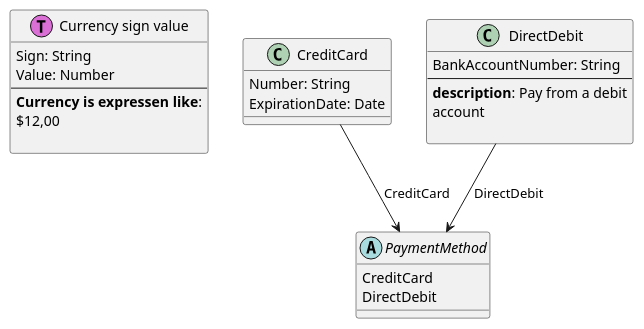
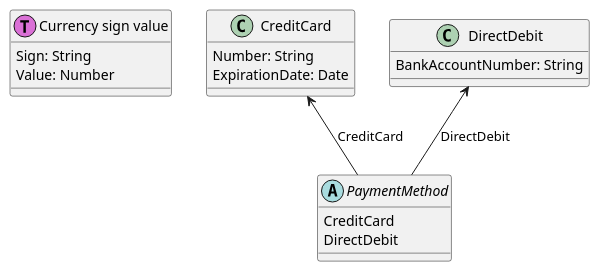
The diagram in Examples/.out/v0.0.1/Financial/Financial.puml (Baudin999/car-lang), drawn with PlantUML before and after one commit. The commit also changed 29 other files, not shown here.

```diff
--- a/Examples/.out/v0.0.1/Financial/Financial.puml
+++ b/Examples/.out/v0.0.1/Financial/Financial.puml
@@ -1,25 +1,17 @@
 class "Currency sign value" as Currency << (T,orchid) >> {
 	Sign: String 
 	Value: Number 
---
-  <b>Currency is expressen like</b>:
- $12,00
-    
 }
 class "CreditCard" as CreditCard  {
 	Number: String 
 	ExpirationDate: Date 
 }
 class "DirectDebit" as DirectDebit  {
 	BankAccountNumber: String 
---
-  <b>description</b>: Pay from a debit
- account
-    
 }
 abstract "PaymentMethod" as PaymentMethod {
 	CreditCard 
 	DirectDebit 
 }
-CreditCard --> PaymentMethod : CreditCard
-DirectDebit --> PaymentMethod : DirectDebit
+CreditCard <-- PaymentMethod : CreditCard
+DirectDebit <-- PaymentMethod : DirectDebit
```
